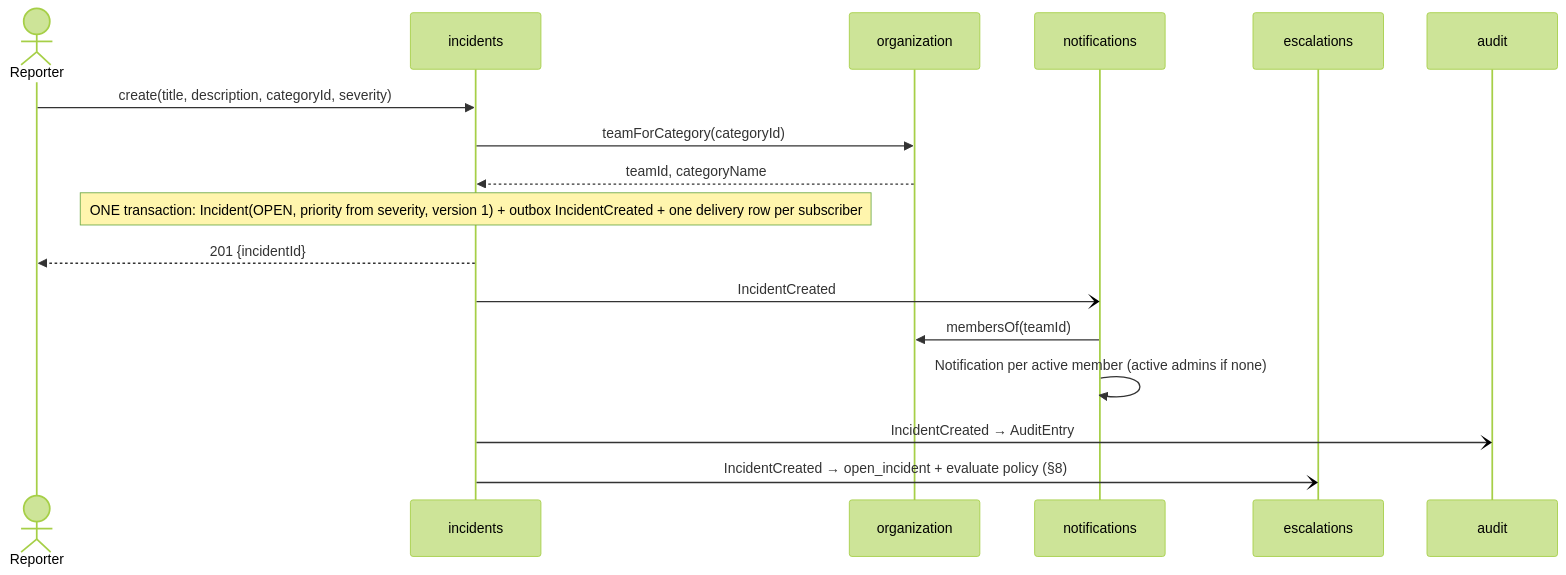
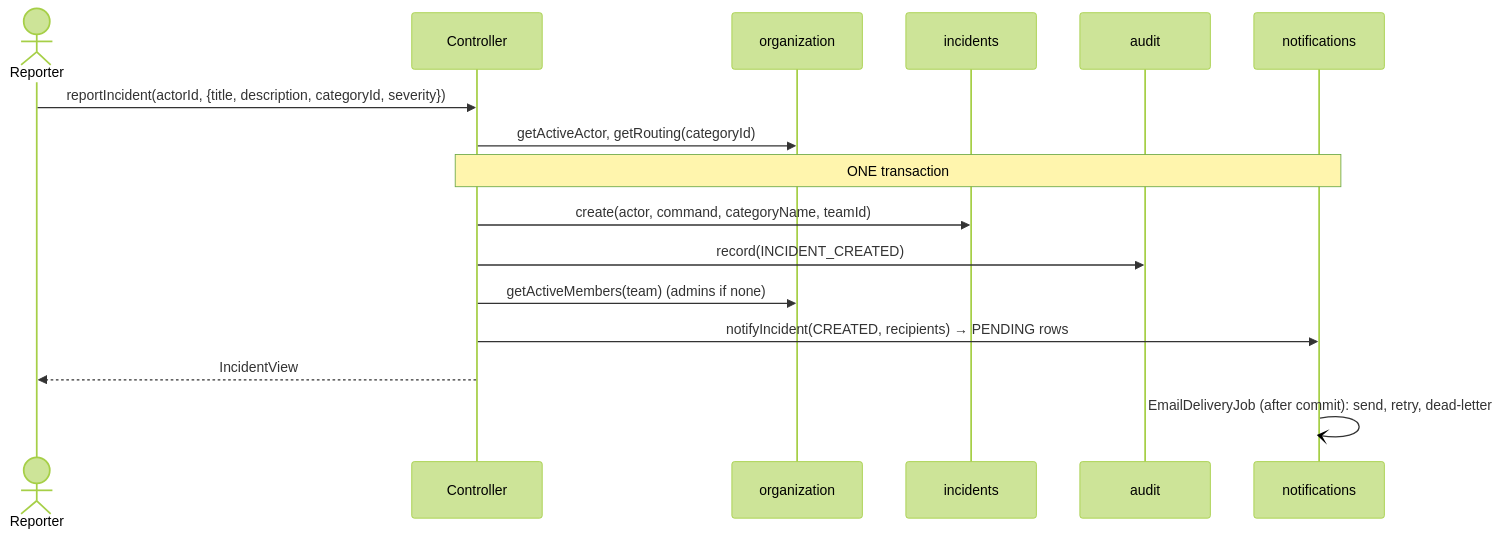
The second of 4 diagrams in docs/system-design.md (t-h-e-silence/IncidentManagmentTool), drawn with Mermaid (forest theme) before and after one commit. The commit also changed other lines of this file and 5 other files, not shown here.

````diff
--- a/docs/system-design.md
+++ b/docs/system-design.md
@@ -345,19 +109,18 @@
 ```mermaid
 sequenceDiagram
     actor R as Reporter
+    participant C as Controller
+    participant O as organization
     participant I as incidents
-    participant O as organization
+    participant A as audit
     participant N as notifications
-    participant E as escalations
-    participant A as audit
-    R->>I: create(title, description, categoryId, severity)
-    I->>O: teamForCategory(categoryId)
-    O-->>I: teamId, categoryName
-    Note over I: ONE transaction: Incident(OPEN, priority from severity, version 1) + outbox IncidentCreated + one delivery row per subscriber
-    I-->>R: 201 {incidentId}
-    I-)N: IncidentCreated
-    N->>O: membersOf(teamId)
-    N->>N: Notification per active member (active admins if none)
-    I-)A: IncidentCreated → AuditEntry
-    I-)E: IncidentCreated → open_incident + evaluate policy (§8)
+    R->>C: reportIncident(actorId, {title, description, categoryId, severity})
+    C->>O: getActiveActor, getRouting(categoryId)
+    Note over C,N: ONE transaction
+    C->>I: create(actor, command, categoryName, teamId)
+    C->>A: record(INCIDENT_CREATED)
+    C->>O: getActiveMembers(team) (admins if none)
+    C->>N: notifyIncident(CREATED, recipients) → PENDING rows
+    C-->>R: IncidentView
+    N-)N: EmailDeliveryJob (after commit): send, retry, dead-letter
 ```
````
